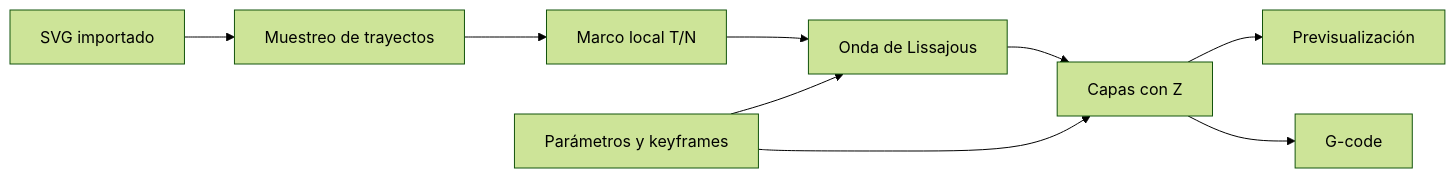
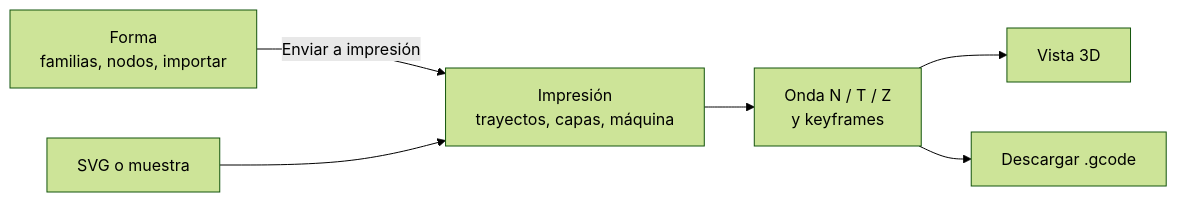
The first of 2 diagrams in README.md (Cranmellar/barrocode), drawn with Mermaid (forest theme) before and after one commit. The commit also changed other lines of this file, not shown here.

````diff
--- a/README.md
+++ b/README.md
@@ -31,11 +19,8 @@
 ```mermaid
 flowchart LR
-  A["SVG importado"] --> B["Muestreo de trayectos"]
-  B --> C["Marco local T/N"]
-  C --> D["Onda de Lissajous"]
-  D --> E["Capas con Z"]
-  E --> F["Previsualización"]
-  E --> G["G-code"]
-  H["Parámetros y keyframes"] --> D
-  H --> E
+  F["Forma<br/>familias, nodos, importar"] -- "Enviar a impresión" --> P
+  S["SVG o muestra"] --> P["Impresión<br/>trayectos, capas, máquina"]
+  P --> W["Onda N / T / Z<br/>y keyframes"]
+  W --> V["Vista 3D"]
+  W --> G["Descargar .gcode"]
 ```
````
